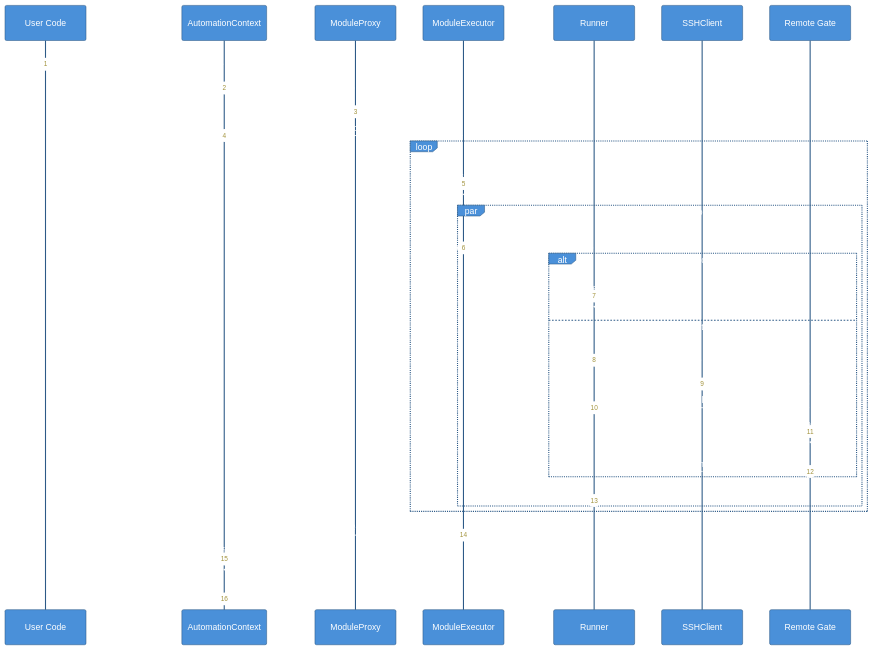
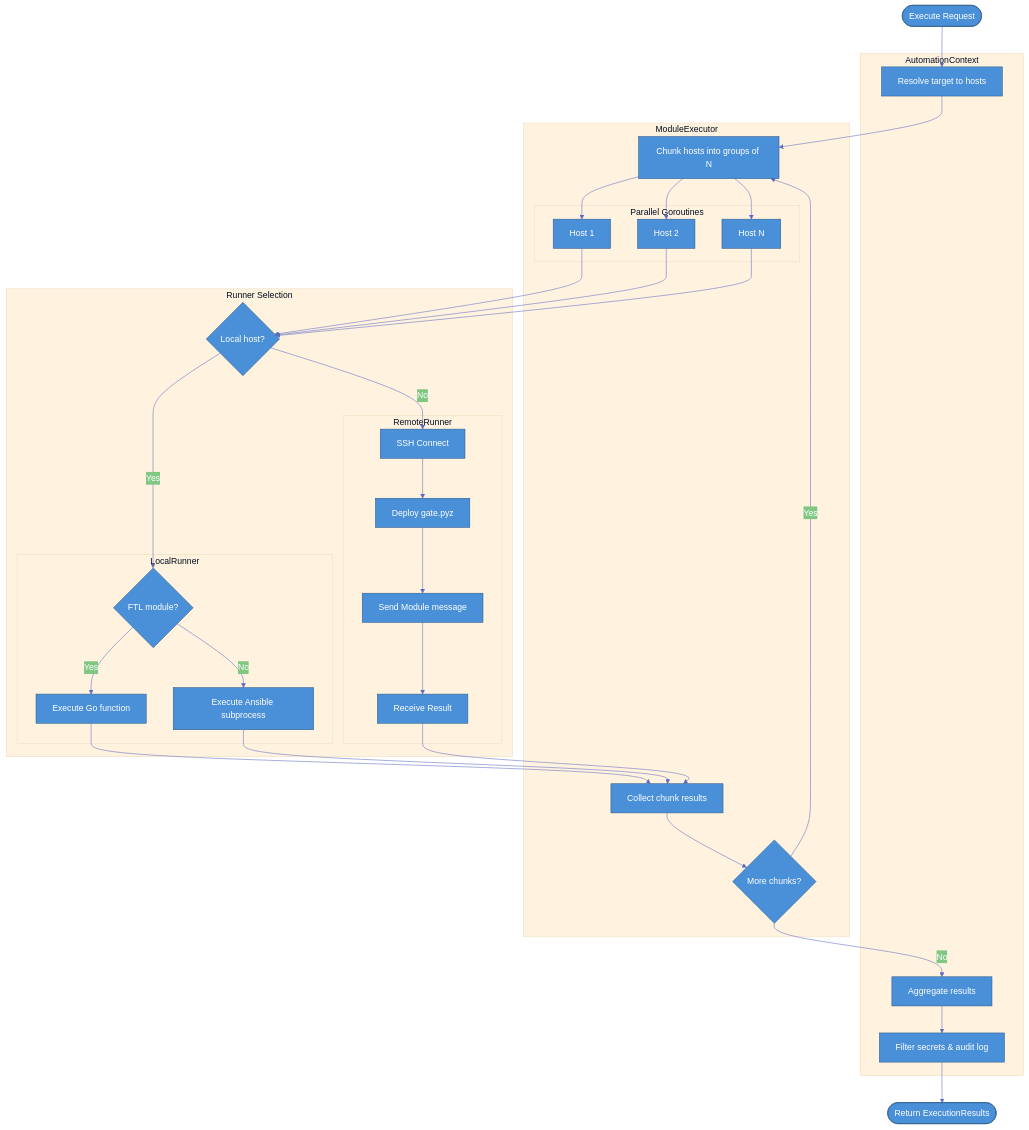
The diagram in docs/diagrams/execution-flow.mmd (benthomasson/go-ftl2), drawn with Mermaid before and after one commit. The commit also changed 1 other file, not shown here.

Commit message:
Redesign execution-flow diagram as flowchart
Replace cramped sequence diagram with a clearer flowchart showing
the chunking loop, parallel goroutines, and local/remote runner paths.

```diff
--- a/docs/diagrams/execution-flow.mmd
+++ b/docs/diagrams/execution-flow.mmd
@@ -1,40 +1,67 @@
 %%{init: {'theme': 'base', 'themeVariables': { 'primaryColor': '#4a90d9', 'primaryTextColor': '#fff', 'primaryBorderColor': '#2d5a87', 'lineColor': '#5c6bc0', 'secondaryColor': '#81c784', 'tertiaryColor': '#fff3e0'}}}%%
-sequenceDiagram
-    autonumber
-    participant User as User Code
-    participant Ctx as AutomationContext
-    participant Proxy as ModuleProxy
-    participant Exec as ModuleExecutor
-    participant Runner as Runner
-    participant SSH as SSHClient
-    participant Gate as Remote Gate
+flowchart TD
+    start([Execute Request])
 
-    User->>Ctx: ftl.Execute("webservers", "dnf", args)
-    Ctx->>Proxy: Resolve hosts & module
-    Proxy-->>Ctx: []Host, ModuleConfig
+    subgraph context["AutomationContext"]
+        resolve[Resolve target to hosts]
+        aggregate[Aggregate results]
+        audit[Filter secrets & audit log]
+    end
 
-    Ctx->>Exec: Execute(hosts, module, args)
+    subgraph executor["ModuleExecutor"]
+        chunk[Chunk hosts into groups of N]
 
-    loop For each chunk of hosts
-        Exec->>Exec: Chunk hosts (default: 10)
+        subgraph parallel["Parallel Goroutines"]
+            g1[Host 1]
+            g2[Host 2]
+            g3[Host N]
+        end
 
-        par Parallel execution
-            Exec->>Runner: Run(host, module, args)
+        collect[Collect chunk results]
+        next{More chunks?}
+    end
 
-            alt Local host
-                Runner->>Runner: Execute locally
-            else Remote host
-                Runner->>SSH: Connect(host)
-                SSH->>Gate: Deploy gate.pyz
-                Runner->>Gate: Send Module message
-                Gate->>Gate: Execute module
-                Gate-->>Runner: Result message
-            end
+    subgraph runners["Runner Selection"]
+        islocal{Local host?}
 
-            Runner-->>Exec: ModuleResult
+        subgraph local["LocalRunner"]
+            ftlcheck{FTL module?}
+            ftlexec[Execute Go function]
+            ansible[Execute Ansible subprocess]
+        end
+
+        subgraph remote["RemoteRunner"]
+            connect[SSH Connect]
+            deploy[Deploy gate.pyz]
+            send[Send Module message]
+            receive[Receive Result]
         end
     end
 
-    Exec-->>Ctx: ExecutionResults
-    Ctx->>Ctx: Log audit, filter secrets
-    Ctx-->>User: Results
+    result([Return ExecutionResults])
+
+    start --> resolve
+    resolve --> chunk
+    chunk --> g1 & g2 & g3
+    g1 & g2 & g3 --> islocal
+
+    islocal -->|Yes| ftlcheck
+    islocal -->|No| connect
+
+    ftlcheck -->|Yes| ftlexec
+    ftlcheck -->|No| ansible
+
+    connect --> deploy
+    deploy --> send
+    send --> receive
+
+    ftlexec --> collect
+    ansible --> collect
+    receive --> collect
+
+    collect --> next
+    next -->|Yes| chunk
+    next -->|No| aggregate
+
+    aggregate --> audit
+    audit --> result
```
